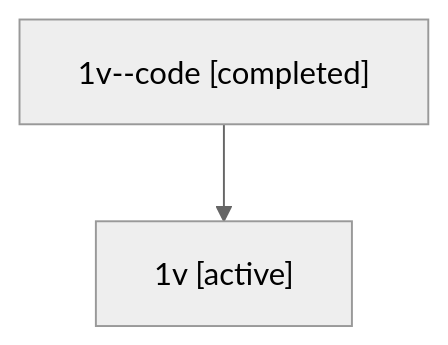
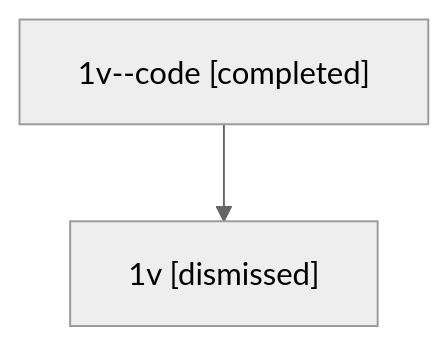
Before and after one commit to sase-org/sase--agents: the diagram in sessions/bbugyi200.athena.1v.md, drawn with Mermaid (neutral theme). The commit also changed other lines of this file and 24 other files, not shown here.

````diff
--- a/sessions/bbugyi200.athena.1v.md
+++ b/sessions/bbugyi200.athena.1v.md
@@ -9,6 +9,6 @@
 ```mermaid
 flowchart TD
   n0["1v--code [completed]"]
-  n1["1v [active]"]
+  n1["1v [dismissed]"]
   n0 --> n1
 ```
````
